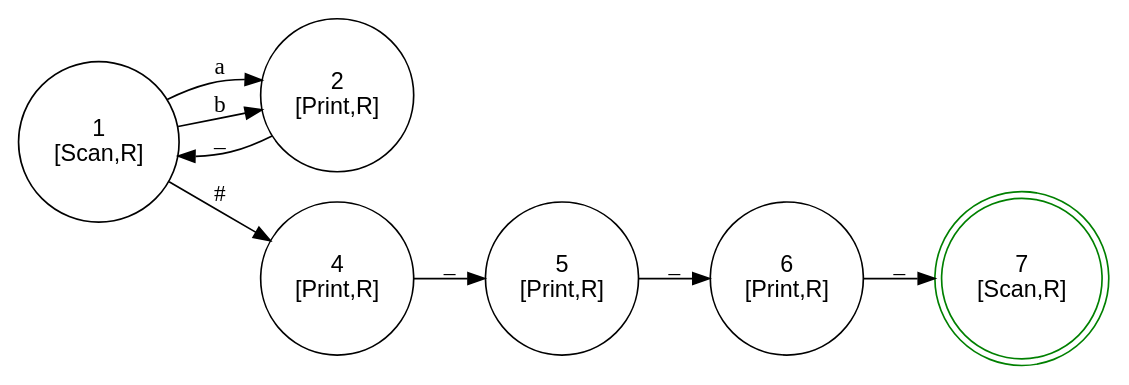
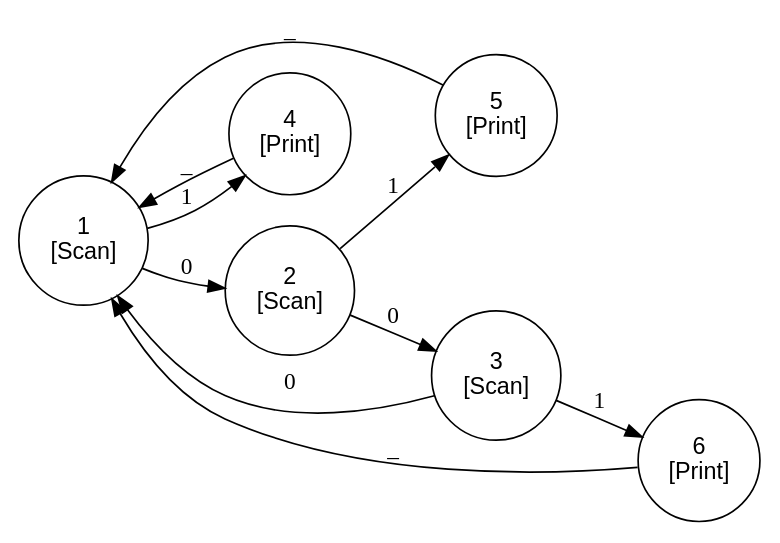
One commit to kokobabe99/turing_point changed the diagram in dots/trans.dot. Above: the diagram before and after it, drawn with Graphviz. The commit also changed 9 other files, not shown here.

```diff
--- a/dots/trans.dot
+++ b/dots/trans.dot
@@ -1,16 +1,18 @@
 digraph FSM {
   rankdir=LR; node [shape=circle, fontname="Arial"];
-  1 [label="1\n[Scan,R]", shape=circle];
-  1 -> 2 [label="a"];
-  1 -> 2 [label="b"];
-  1 -> 4 [label="#"];
-  2 [label="2\n[Print,R]", shape=circle];
-  2 -> 1 [label="_"];
-  4 [label="4\n[Print,R]", shape=circle];
-  4 -> 5 [label="_"];
-  5 [label="5\n[Print,R]", shape=circle];
-  5 -> 6 [label="_"];
-  6 [label="6\n[Print,R]", shape=circle];
-  6 -> 7 [label="_"];
-  7 [label="7\n[Scan,R]", shape=doublecircle, color="green"];
+  1 [label="1\n[Scan]", shape=circle];
+  1 -> 2 [label="0"];
+  1 -> 4 [label="1"];
+  2 [label="2\n[Scan]", shape=circle];
+  2 -> 3 [label="0"];
+  2 -> 5 [label="1"];
+  3 [label="3\n[Scan]", shape=circle];
+  3 -> 1 [label="0"];
+  3 -> 6 [label="1"];
+  4 [label="4\n[Print]", shape=circle];
+  4 -> 1 [label="_"];
+  5 [label="5\n[Print]", shape=circle];
+  5 -> 1 [label="_"];
+  6 [label="6\n[Print]", shape=circle];
+  6 -> 1 [label="_"];
 }
```
